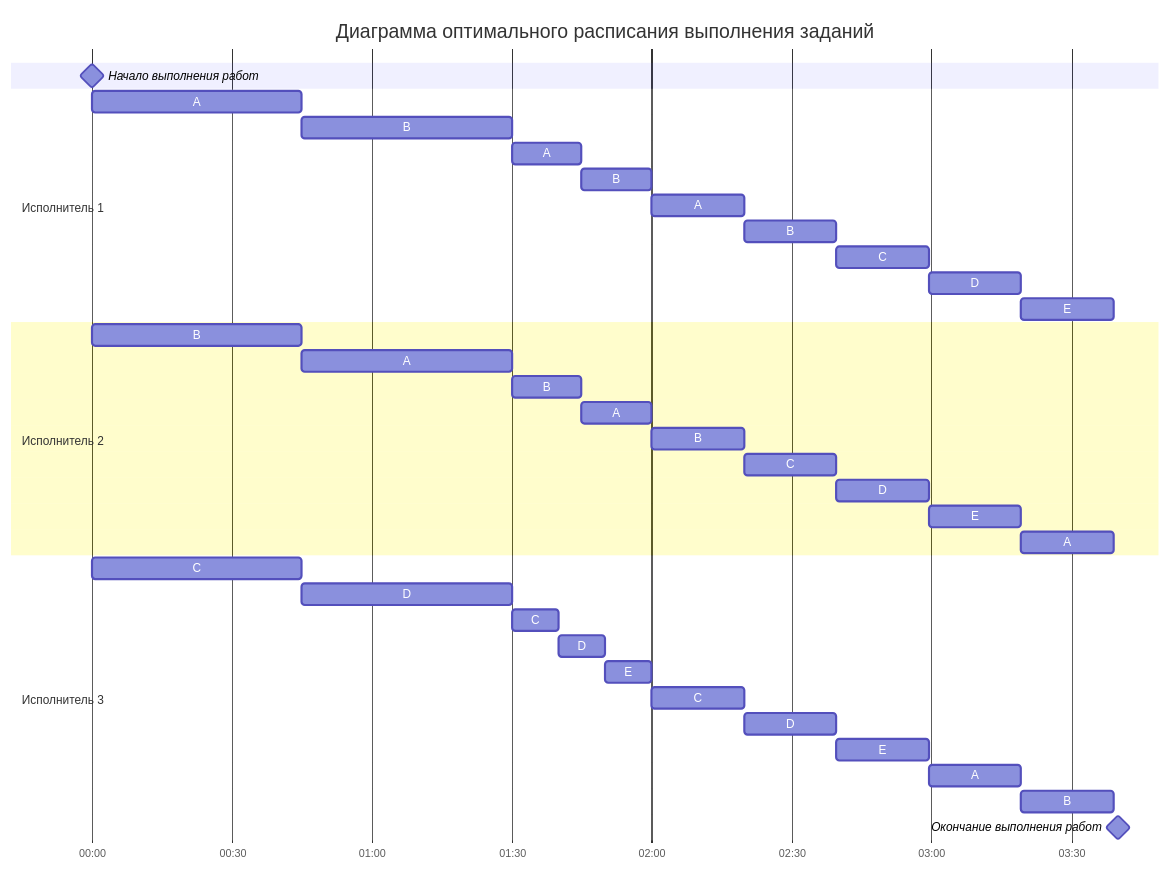
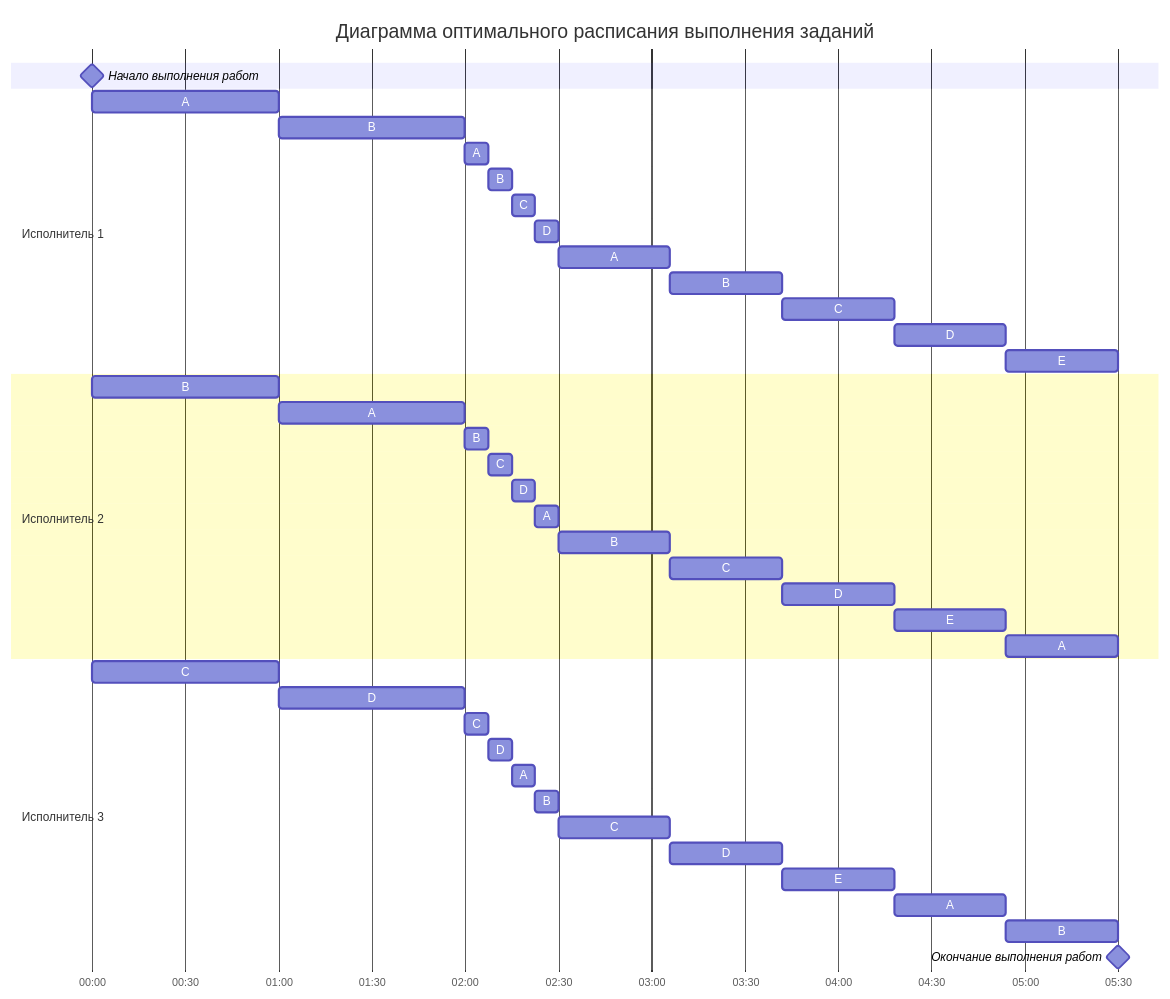
Before and after one commit to algos-ris-24-3/manual-tasks: the third of 3 diagrams in Задание 5/syndicate.md, drawn with Mermaid. The commit also changed other lines of this file, not shown here.

````diff
--- a/Задание 5/syndicate.md
+++ b/Задание 5/syndicate.md
@@ -160,39 +163,44 @@
 ```mermaid
 gantt
     title Диаграмма оптимального расписания выполнения заданий
     dateFormat DD HH:mm    
     axisFormat %H:%M
     Начало выполнения работ : milestone, m1, 01 00:00, 0h
     section Исполнитель 1
-    A         :a1, 01 00:00, 0.75h
-    B         :a2, after a1, 0.75h
-    A         :a3, 01 01:30, 0.25h
-    B         :a4, after a3, 0.25h
-    A         :a5, 01 02:00, 0.33h
-    B         :a6, after a5, 0.33h
-    C         :a7, after a6, 0.33h
-    D         :a8, after a7, 0.33h
-    E         :a9, after a8, 0.33h
+    A         :a1, 01 00:00, 1h
+    B         :a2, after a1, 1h
+    A         :a3, 01 02:00, 0.125h
+    B         :a4, after a3, 0.125h
+    C         :a5, after a4, 0.125h
+    D         :a6, after a5, 0.125h
+    A         :a7, 01 02:30, 0.6h
+    B         :a8, after a7, 0.6h
+    C         :a9, after a8, 0.6h
+    D         :a10, after a9, 0.6h
+    E         :a11, after a10, 0.6h
     section Исполнитель 2
-    B         :b1, 01 00:00, 0.75h
-    A         :b2, after b1, 0.75h
-    B         :b3, 01 01:30, 0.25h
-    A         :b4, after b3, 0.25h
-    B         :b5, 01 02:00, 0.33h
-    C         :b6, after b5, 0.33h
-    D         :b7, after b6, 0.33h
-    E         :b8, after b7, 0.33h
-    A         :b9, after b8, 0.33h
+    B         :b1, 01 00:00, 1h
+    A         :b2, after b1, 1h
+    B         :b3, 01 02:00, 0.125h
+    C         :b4, after b3, 0.125h
+    D         :b5, after b4, 0.125h
+    A         :b6, after b5, 0.125h
+    B         :b7, 01 02:30, 0.6h
+    C         :b8, after b7, 0.6h
+    D         :b9, after b8, 0.6h
+    E         :b10, after b9, 0.6h
+    A         :b11, after b10, 0.6h
     section Исполнитель 3
-    C         :c1, 01 00:00, 0.75h
-    D         :c2, after c1, 0.75h
-    C         :c3, 01 01:30, 0.167h
-    D         :c4, after c3, 0.167h
-    E         :c5, after c4, 0.167h
-    C         :c5, 01 02:00, 0.33h
-    D         :c6, after c5, 0.33h
-    E         :c7, after c6, 0.33h
-    A         :c8, after c7, 0.33h
-    B         :c9, after c8, 0.33h
-    Окончание выполнения работ : milestone, m2, 01 03:40, 0h
+    C         :c1, 01 00:00, 1h
+    D         :c2, after c1, 1h
+    C         :c3, 01 02:00, 0.125h
+    D         :c4, after c3, 0.125h
+    A         :c5, after c4, 0.125h
+    B         :c6, after c5, 0.125h
+    C         :c7, 01 02:30, 0.6h
+    D         :c8, after c7, 0.6h
+    E         :c9, after c8, 0.6h
+    A         :c10, after c9, 0.6h
+    B         :c11, after c10, 0.6h
+    Окончание выполнения работ : milestone, m2, 01 05:30, 0h
 ```
````
